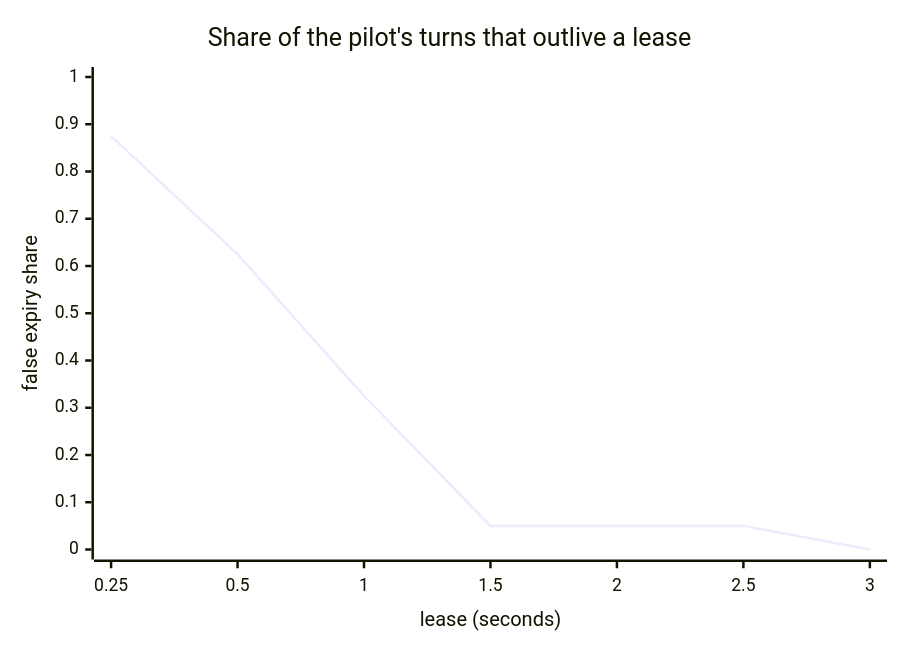
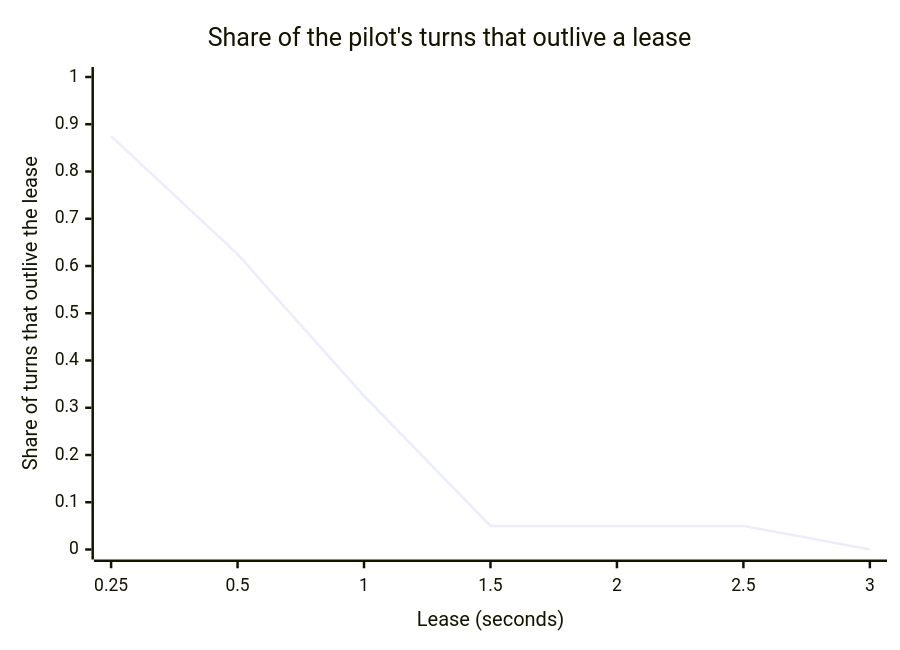
One commit to profrodai/sovereign-agent changed the first of 4 diagrams in book/textbook/ch13/profrod-sovereign-agent-ch13-worker-recovery-chapter.md. Above: the diagram before and after it, drawn with Mermaid. The commit also changed 14 other files, not shown here.

First line of the commit message:
Make every chart readable on its own: named series, titled axes, captions that explain

````diff
--- a/book/textbook/ch13/profrod-sovereign-agent-ch13-worker-recovery-chapter.md
+++ b/book/textbook/ch13/profrod-sovereign-agent-ch13-worker-recovery-chapter.md
@@ -144,7 +144,7 @@
 ```mermaid
 xychart-beta
     title "Share of the pilot's turns that outlive a lease"
-    x-axis "lease (seconds)" [0.25, 0.5, 1, 1.5, 2, 2.5, 3]
-    y-axis "false expiry share" 0 --> 1
+    x-axis "Lease (seconds)" [0.25, 0.5, 1, 1.5, 2, 2.5, 3]
+    y-axis "Share of turns that outlive the lease" 0 --> 1
     line [0.875, 0.625, 0.325, 0.05, 0.05, 0.05, 0]
 ```
````
